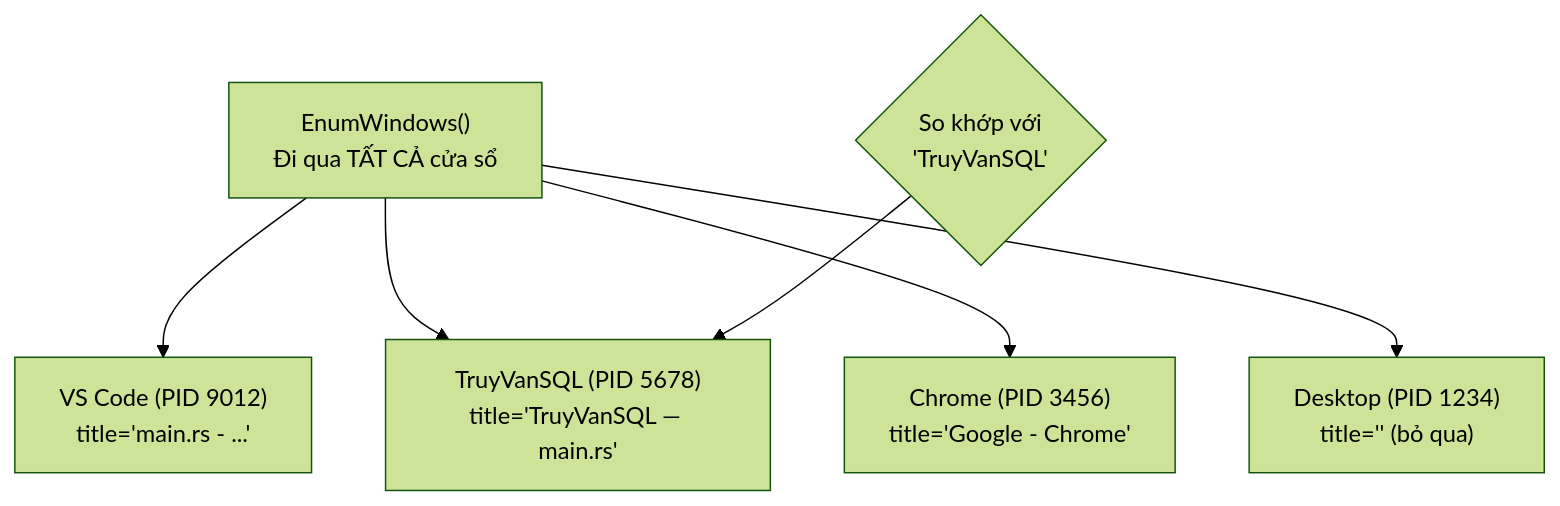
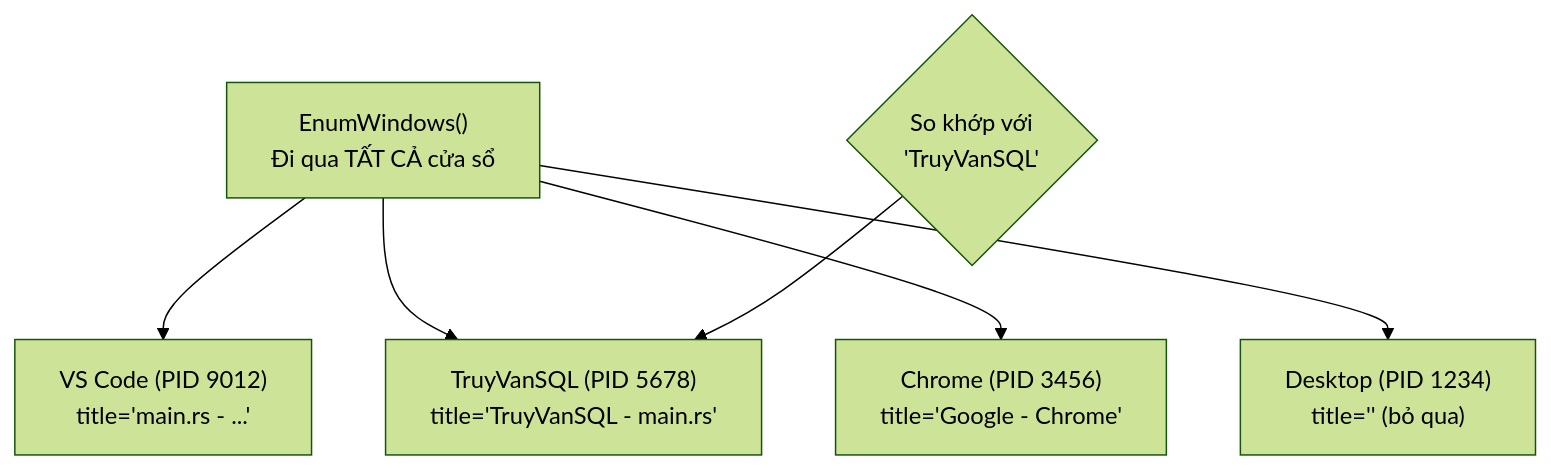
The eighth of 10 diagrams in docs/overview.md (congchuahiep/win-glide), drawn with Mermaid (forest theme) before and after one commit. The commit also changed other lines of this file and 22 other files, not shown here.

````diff
--- a/docs/overview.md
+++ b/docs/overview.md
@@ -230,9 +230,9 @@
 ```mermaid
 graph TD
     EW["EnumWindows()<br>Đi qua TẤT CẢ cửa sổ"] --> W1["VS Code (PID 9012)<br>title='main.rs - ...'"]
-    EW --> W2["TruyVanSQL (PID 5678)<br>title='TruyVanSQL — main.rs'"]
+    EW --> W2["TruyVanSQL (PID 5678)<br>title='TruyVanSQL - main.rs'"]
     EW --> W3["Chrome (PID 3456)<br>title='Google - Chrome'"]
     EW --> W4["Desktop (PID 1234)<br>title='' (bỏ qua)"]
 
     MATCH{"So khớp với<br>'TruyVanSQL'"} --> W2
 ```
````
